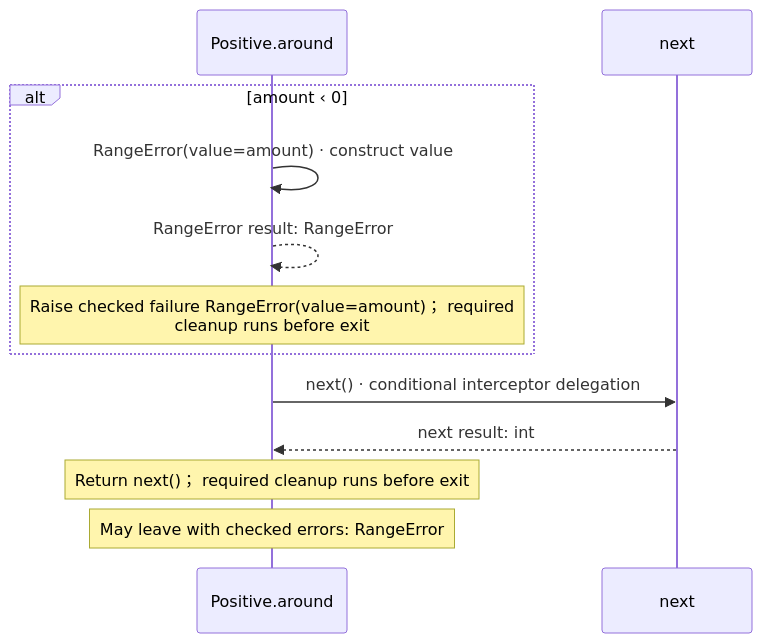
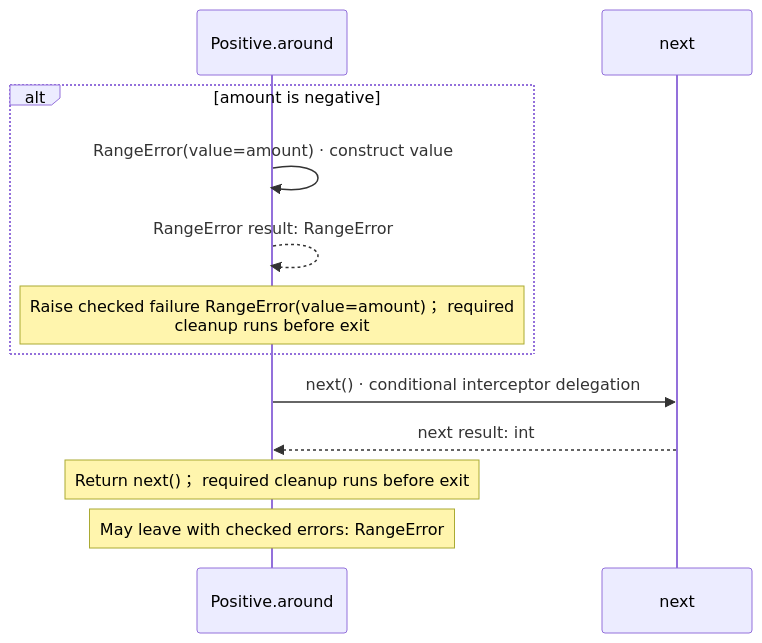
One commit to GreenPandaStudios/augscript changed the second of 2 diagrams in docs/examples/approved-design/domain/numbers-diagrams.md. Above: the diagram before and after it, drawn with Mermaid. The commit also changed other lines of this file and 658 other files, not shown here.

````diff
--- a/docs/examples/approved-design/domain/numbers-diagrams.md
+++ b/docs/examples/approved-design/domain/numbers-diagrams.md
@@ -44,14 +52,14 @@
 ```mermaid
 sequenceDiagram
     participant p0 as Positive.around
     participant p1 as next
-    alt amount ‹ 0
+    alt amount is negative
     p0->>p0: RangeError(value=amount) · construct value
     p0-->>p0: RangeError result: RangeError
     Note over p0: Raise checked failure RangeError(value=amount)； required<br/>cleanup runs before exit
     end
     p0->>p1: next() · conditional interceptor delegation
     p1-->>p0: next result: int
     Note over p0: Return next()； required cleanup runs before exit
     Note over p0: May leave with checked errors: RangeError
 ```
````
